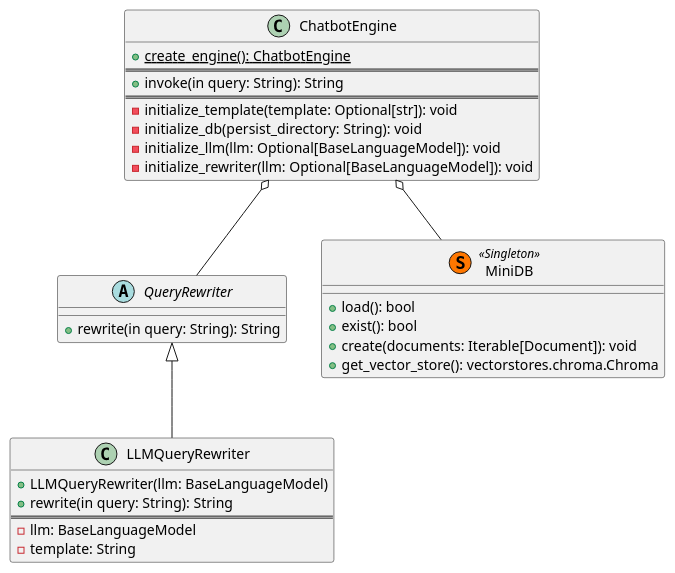
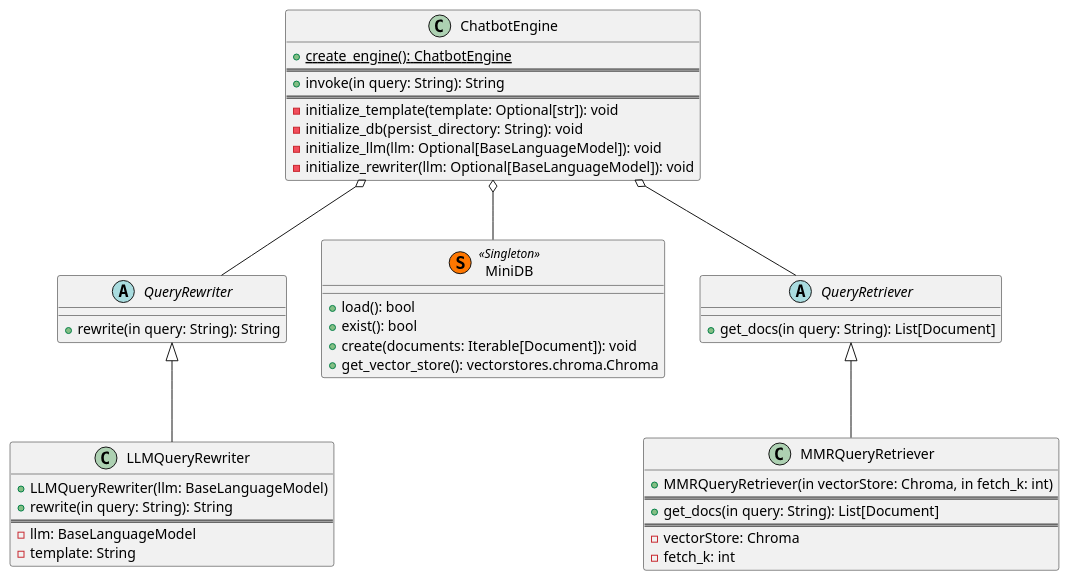
Before and after one commit to SirArt25/ChatMate: the diagram in uml_diagrams/project.puml, drawn with PlantUML. The commit also changed 5 other files, not shown here.

```diff
--- a/uml_diagrams/project.puml
+++ b/uml_diagrams/project.puml
@@ -1,39 +1,59 @@
 @startuml
 
 
 abstract class QueryRewriter {
     + rewrite(in query: String): String
 }
 
 class LLMQueryRewriter {
     + LLMQueryRewriter(llm: BaseLanguageModel)
     + rewrite(in query: String): String
     ===
     - llm: BaseLanguageModel
     - template: String
 }
 
 
 class ChatbotEngine {
     + {static} create_engine(): ChatbotEngine
     ===
     + invoke(in query: String): String
     ===
     - initialize_template(template: Optional[str]): void
     - initialize_db(persist_directory: String): void
     - initialize_llm(llm: Optional[BaseLanguageModel]): void
     - initialize_rewriter(llm: Optional[BaseLanguageModel]): void
 }
 
 
 class MiniDB  << (S,#FF7700) Singleton >> {
     + load(): bool
     + exist(): bool
     + create(documents: Iterable[Document]): void
     + get_vector_store(): vectorstores.chroma.Chroma
 }
 
+
+
 QueryRewriter <|-- LLMQueryRewriter
+QueryRetriever <|-- MMRQueryRetriever
+
 ChatbotEngine o-- QueryRewriter
 ChatbotEngine o-- MiniDB
+ChatbotEngine o-- QueryRetriever
+
+
+
+
+abstract class QueryRetriever {
+    + get_docs(in query: String): List[Document]
+}
+class MMRQueryRetriever {
+    + MMRQueryRetriever(in vectorStore: Chroma, in fetch_k: int)
+    ===
+    + get_docs(in query: String): List[Document]
+    ===
+    - vectorStore: Chroma
+    - fetch_k: int
+}
 @enduml
```
